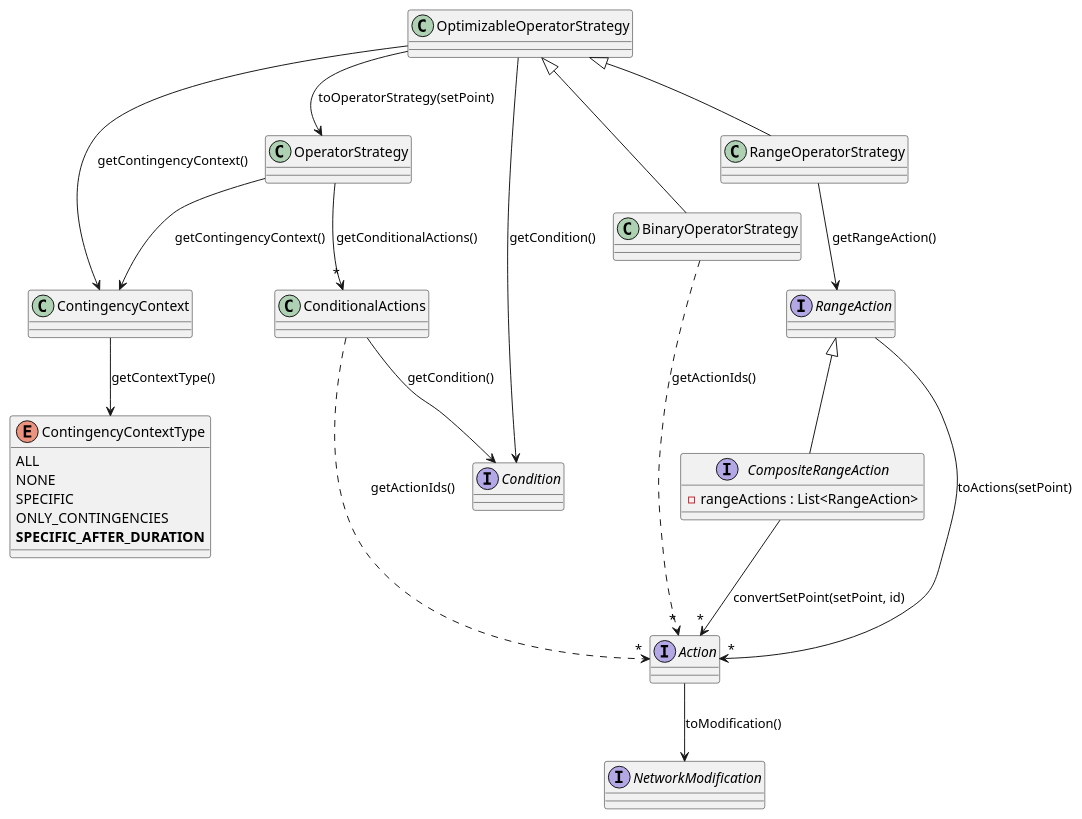
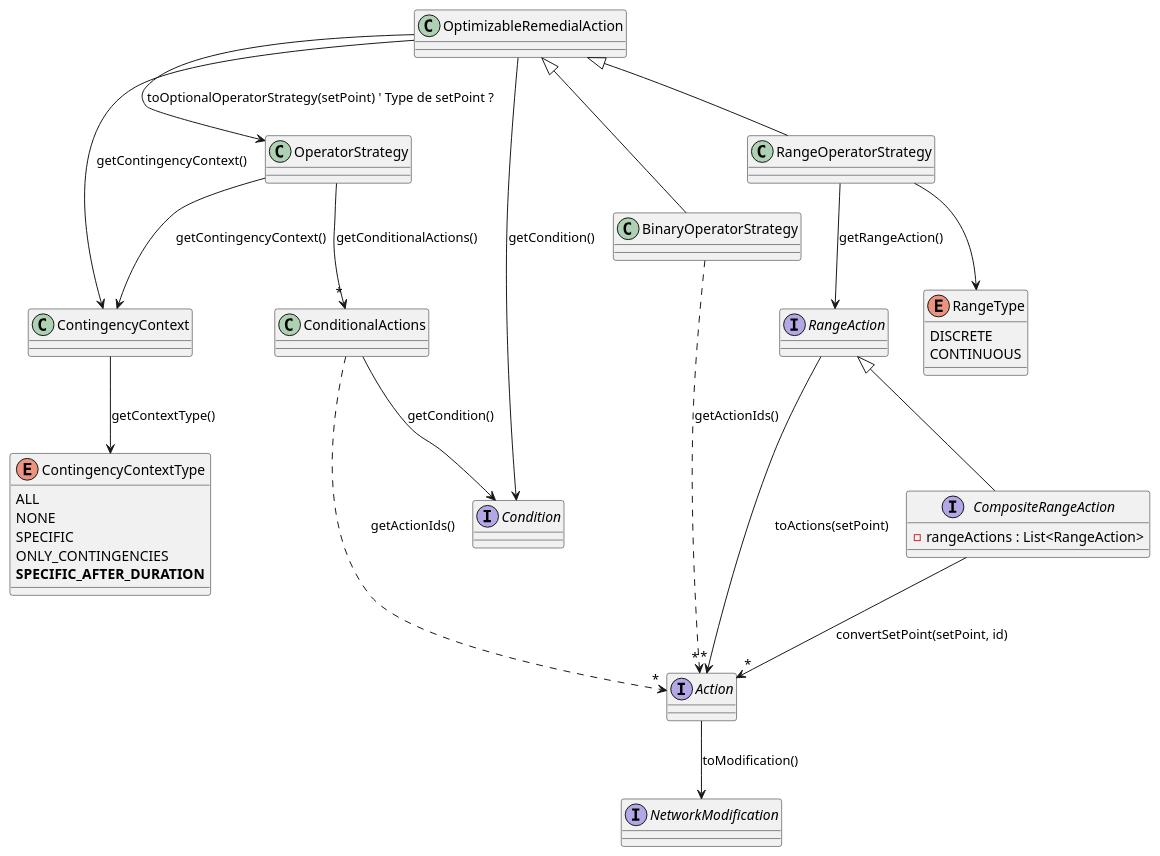
One commit to powsybl/powsybl-core changed the diagram in docs/simulation/security/operatorStrategy_simple_future.puml. Above: the diagram before and after it, drawn with PlantUML.

Commit message:
Review with Thomas

```diff
--- a/docs/simulation/security/operatorStrategy_simple_future.puml
+++ b/docs/simulation/security/operatorStrategy_simple_future.puml
@@ -1,52 +1,58 @@
 @startuml
 
 class OperatorStrategy
 OperatorStrategy --> ContingencyContext : getContingencyContext()
 OperatorStrategy --> "*" ConditionalActions : getConditionalActions()
 
 interface Condition
 
 class ConditionalActions
 ConditionalActions --> Condition : getCondition()
 ConditionalActions ..> "*" Action : getActionIds()
 
 class ContingencyContext
 ContingencyContext --> ContingencyContextType: getContextType()
 
 enum ContingencyContextType {
   ALL
   NONE
   SPECIFIC
   ONLY_CONTINGENCIES
   **SPECIFIC_AFTER_DURATION**
 }
 
 interface Action
 Action --> NetworkModification : toModification()
 
 interface NetworkModification
 
-class OptimizableOperatorStrategy
-OptimizableOperatorStrategy --> OperatorStrategy : toOperatorStrategy(setPoint)
-OptimizableOperatorStrategy --> Condition : getCondition()
-OptimizableOperatorStrategy --> ContingencyContext : getContingencyContext()
-OptimizableOperatorStrategy <|-- BinaryOperatorStrategy
-OptimizableOperatorStrategy <|-- RangeOperatorStrategy
+class OptimizableRemedialAction
+OptimizableRemedialAction --> OperatorStrategy : toOptionalOperatorStrategy(setPoint) ' Type de setPoint ?
+OptimizableRemedialAction --> Condition : getCondition()
+OptimizableRemedialAction --> ContingencyContext : getContingencyContext()
+OptimizableRemedialAction <|-- BinaryOperatorStrategy
+OptimizableRemedialAction <|-- RangeOperatorStrategy
 
 class BinaryOperatorStrategy
 BinaryOperatorStrategy ..> "*" Action : getActionIds()
 
 class RangeOperatorStrategy
 RangeOperatorStrategy --> RangeAction : getRangeAction()
+RangeOperatorStrategy --> RangeType
+
+enum RangeType {
+  DISCRETE
+  CONTINUOUS
+}
 
 interface RangeAction
 RangeAction <|-- CompositeRangeAction
 RangeAction --> "*" Action : toActions(setPoint)
 
 interface CompositeRangeAction {
   - rangeActions : List<RangeAction>
 }
 CompositeRangeAction --> "*" Action : convertSetPoint(setPoint, id)
 
 
 @enduml
```
